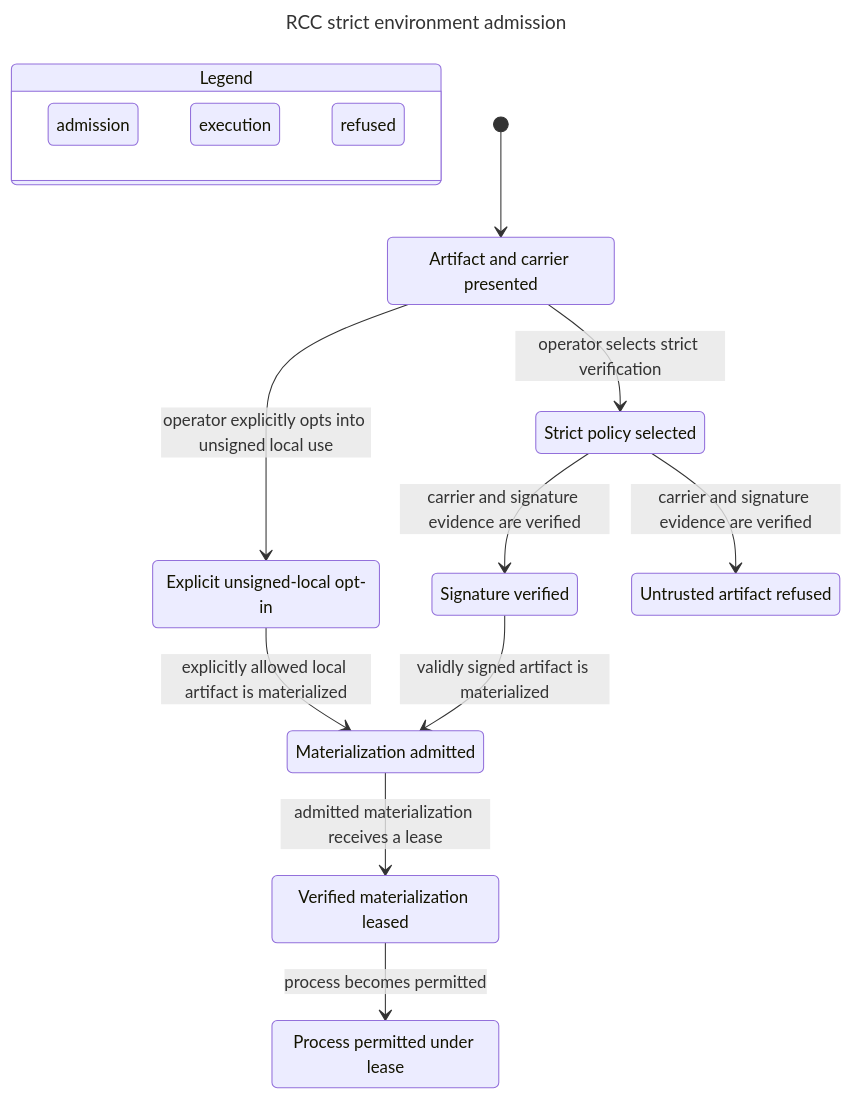
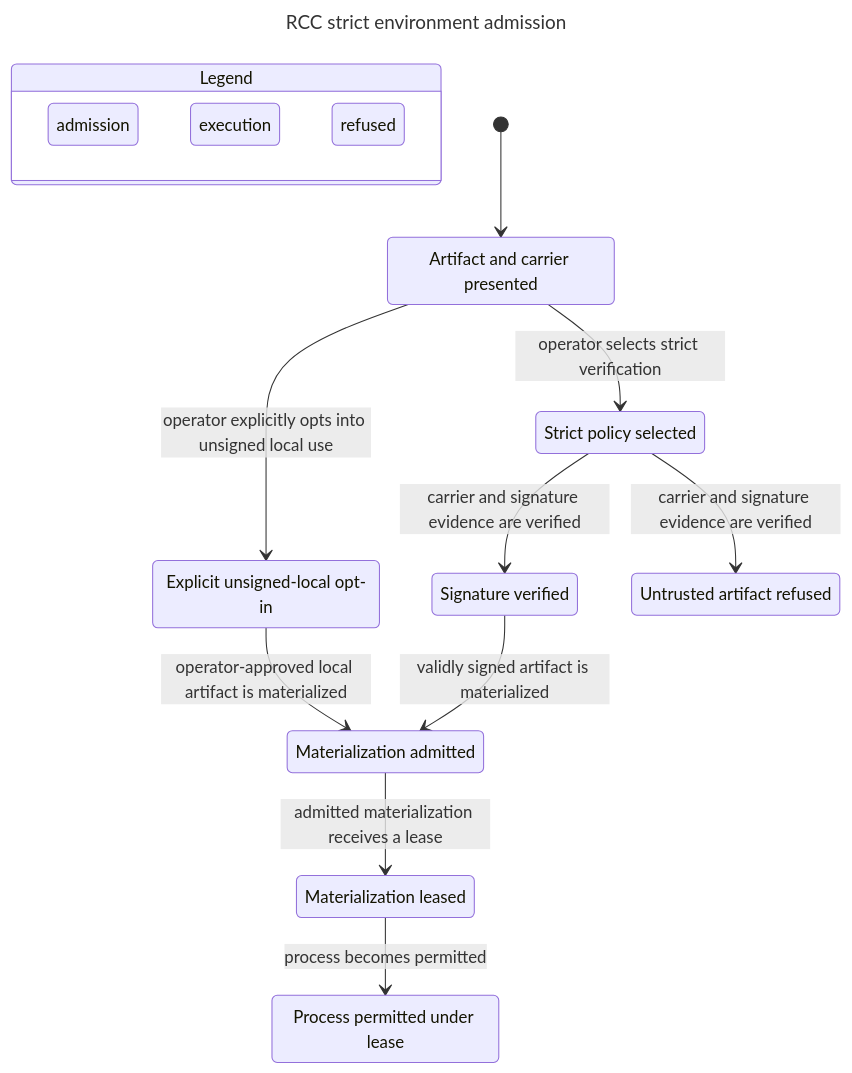
The diagram in docs/formal/execution-lifecycle/evidence/fixed-chart.mmd (joshyorko/rcc), drawn with Mermaid before and after one commit. The commit also changed 10 other files, not shown here.

```diff
--- a/docs/formal/execution-lifecycle/evidence/fixed-chart.mmd
+++ b/docs/formal/execution-lifecycle/evidence/fixed-chart.mmd
@@ -1,37 +1,37 @@
 ---
 title: "RCC strict environment admission"
 ---
 stateDiagram-v2
   state "Legend" as legend {
     lg0: admission
     lg1: execution
     lg2: refused
   }
   class lg0 blue
   class lg1 teal
   class lg2 pink
   s0: Artifact and carrier presented
   s1: Strict policy selected
   s2: Explicit unsigned-local opt-in
   s3: Signature verified
   s4: Untrusted artifact refused
   s5: Materialization admitted
-  s6: Verified materialization leased
+  s6: Materialization leased
   s7: Process permitted under lease
   [*] --> s0
   s0 --> s1: operator selects strict verification
   s0 --> s2: operator explicitly opts into unsigned local use
   s1 --> s4: carrier and signature evidence are verified
   s1 --> s3: carrier and signature evidence are verified
-  s2 --> s5: explicitly allowed local artifact is materialized
+  s2 --> s5: operator-approved local artifact is materialized
   s3 --> s5: validly signed artifact is materialized
   s5 --> s6: admitted materialization receives a lease
   s6 --> s7: process becomes permitted
   class s0 blue
   class s1 blue
   class s2 blue
   class s3 blue
   class s4 pink
   class s5 blue
   class s6 blue
   class s7 teal
```
